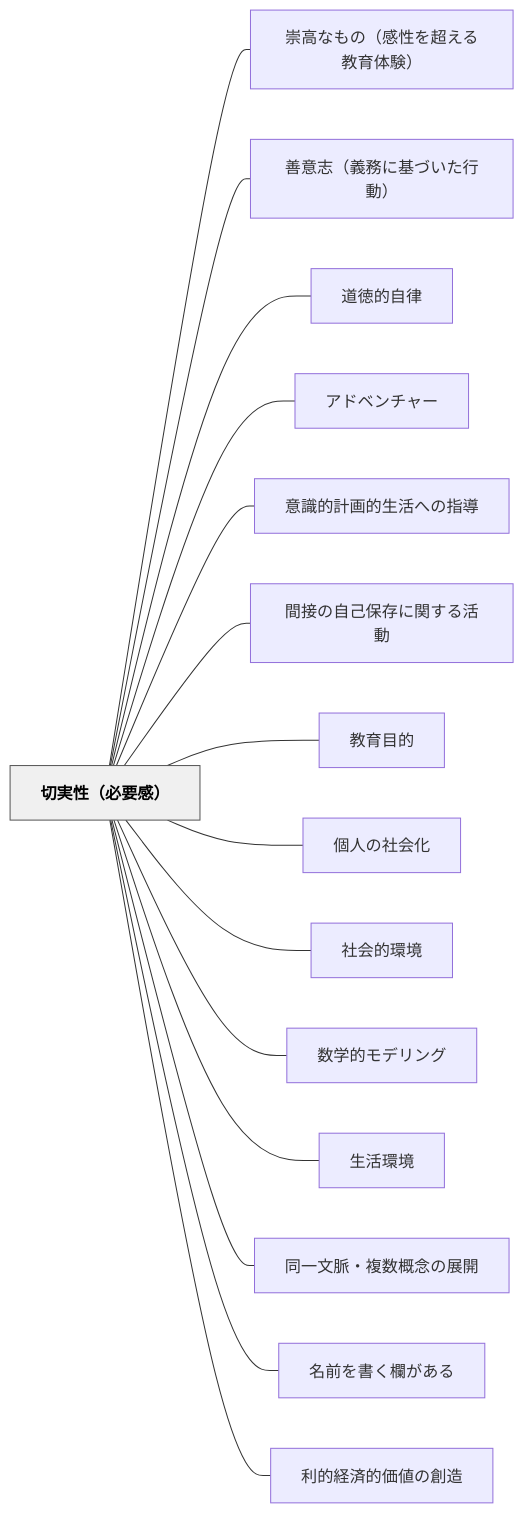
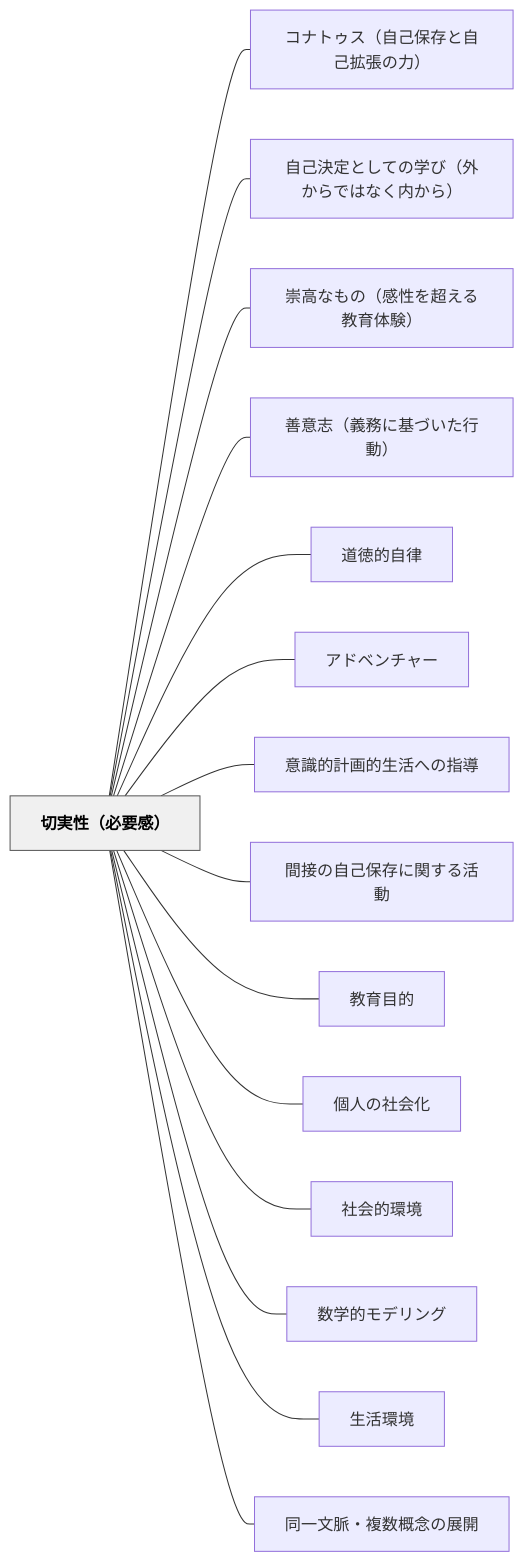
One commit to unknownthings-ed-patterns/unknownthings-ed-patterns changed the diagram in content/パタン/切実性（必要感）.md. Above: the diagram before and after it, drawn with Mermaid. The commit also changed other lines of this file and 185 other files, not shown here.

````diff
--- a/content/パタン/切実性（必要感）.md
+++ b/content/パタン/切実性（必要感）.md
@@ -83,36 +85,36 @@
 ```mermaid
 flowchart LR
     ne58887e5ae9fe680a7efbc88e5bf85e8a681e6849fefbc89["切実性（必要感）"]
+    ne382b3e3838ae38388e382a5e382b9efbc88e887aae5b7b1e4bf9de5ad98e381a8e887aae5b7b1e68ba1e5bcb5e381aee58a9befbc89["コナトゥス（自己保存と自己拡張の力）"]
+    ne887aae5b7b1e6b1bae5ae9ae381a8e38197e381a6e381aee5ada6e381b3efbc88e5a496e3818be38289e381a7e381afe381aae3818fe58685e3818be38289efbc89["自己決定としての学び（外からではなく内から）"]
     ne5b487e9ab98e381aae38282e381aeefbc88e6849fe680a7e38292e8b685e38188e3828be69599e882b2e4bd93e9a893efbc89["崇高なもの（感性を超える教育体験）"]
     ne59684e6848fe5bf97efbc88e7bea9e58b99e381abe59fbae381a5e38184e3819fe8a18ce58b95efbc89["善意志（義務に基づいた行動）"]
     ne98193e5beb3e79a84e887aae5be8b["道徳的自律"]
     ne382a2e38389e38399e383b3e38381e383a3e383bc["アドベンチャー"]
     ne6848fe8ad98e79a84e8a888e794bbe79a84e7949fe6b4bbe381b8e381aee68c87e5b08e["意識的計画的生活への指導"]
     ne99693e68ea5e381aee887aae5b7b1e4bf9de5ad98e381abe996a2e38199e3828be6b4bbe58b95["間接の自己保存に関する活動"]
     ne69599e882b2e79baee79a84["教育目的"]
     ne5808be4babae381aee7a4bee4bc9ae58c96["個人の社会化"]
     ne7a4bee4bc9ae79a84e792b0e5a283["社会的環境"]
     ne695b0e5ada6e79a84e383a2e38387e383aae383b3e382b0["数学的モデリング"]
     ne7949fe6b4bbe792b0e5a283["生活環境"]
     ne5908ce4b880e69687e88488e383bbe8a487e695b0e6a682e5bfb5e381aee5b195e9968b["同一文脈・複数概念の展開"]
-    ne5908de5898de38292e69bb8e3818fe6ac84e3818ce38182e3828b["名前を書く欄がある"]
-    ne588a9e79a84e7b58ce6b888e79a84e4bea1e580a4e381aee589b5e980a0["利的経済的価値の創造"]
 
+    ne58887e5ae9fe680a7efbc88e5bf85e8a681e6849fefbc89 --- ne382b3e3838ae38388e382a5e382b9efbc88e887aae5b7b1e4bf9de5ad98e381a8e887aae5b7b1e68ba1e5bcb5e381aee58a9befbc89
+    ne58887e5ae9fe680a7efbc88e5bf85e8a681e6849fefbc89 --- ne887aae5b7b1e6b1bae5ae9ae381a8e38197e381a6e381aee5ada6e381b3efbc88e5a496e3818be38289e381a7e381afe381aae3818fe58685e3818be38289efbc89
     ne58887e5ae9fe680a7efbc88e5bf85e8a681e6849fefbc89 --- ne5b487e9ab98e381aae38282e381aeefbc88e6849fe680a7e38292e8b685e38188e3828be69599e882b2e4bd93e9a893efbc89
     ne58887e5ae9fe680a7efbc88e5bf85e8a681e6849fefbc89 --- ne59684e6848fe5bf97efbc88e7bea9e58b99e381abe59fbae381a5e38184e3819fe8a18ce58b95efbc89
     ne58887e5ae9fe680a7efbc88e5bf85e8a681e6849fefbc89 --- ne98193e5beb3e79a84e887aae5be8b
     ne58887e5ae9fe680a7efbc88e5bf85e8a681e6849fefbc89 --- ne382a2e38389e38399e383b3e38381e383a3e383bc
     ne58887e5ae9fe680a7efbc88e5bf85e8a681e6849fefbc89 --- ne6848fe8ad98e79a84e8a888e794bbe79a84e7949fe6b4bbe381b8e381aee68c87e5b08e
     ne58887e5ae9fe680a7efbc88e5bf85e8a681e6849fefbc89 --- ne99693e68ea5e381aee887aae5b7b1e4bf9de5ad98e381abe996a2e38199e3828be6b4bbe58b95
     ne58887e5ae9fe680a7efbc88e5bf85e8a681e6849fefbc89 --- ne69599e882b2e79baee79a84
     ne58887e5ae9fe680a7efbc88e5bf85e8a681e6849fefbc89 --- ne5808be4babae381aee7a4bee4bc9ae58c96
     ne58887e5ae9fe680a7efbc88e5bf85e8a681e6849fefbc89 --- ne7a4bee4bc9ae79a84e792b0e5a283
     ne58887e5ae9fe680a7efbc88e5bf85e8a681e6849fefbc89 --- ne695b0e5ada6e79a84e383a2e38387e383aae383b3e382b0
     ne58887e5ae9fe680a7efbc88e5bf85e8a681e6849fefbc89 --- ne7949fe6b4bbe792b0e5a283
     ne58887e5ae9fe680a7efbc88e5bf85e8a681e6849fefbc89 --- ne5908ce4b880e69687e88488e383bbe8a487e695b0e6a682e5bfb5e381aee5b195e9968b
-    ne58887e5ae9fe680a7efbc88e5bf85e8a681e6849fefbc89 --- ne5908de5898de38292e69bb8e3818fe6ac84e3818ce38182e3828b
-    ne58887e5ae9fe680a7efbc88e5bf85e8a681e6849fefbc89 --- ne588a9e79a84e7b58ce6b888e79a84e4bea1e580a4e381aee589b5e980a0
 
     classDef hub fill:#f0f0f0,stroke:#555,color:#000,font-weight:bold
     class ne58887e5ae9fe680a7efbc88e5bf85e8a681e6849fefbc89 hub
 ```
````
